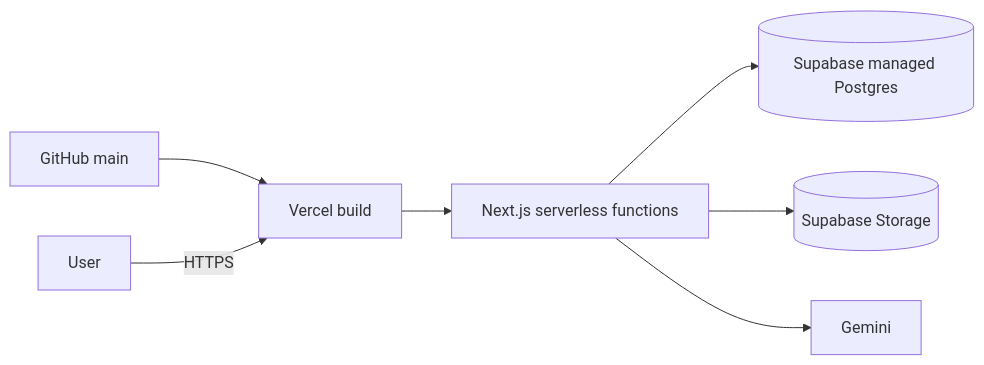
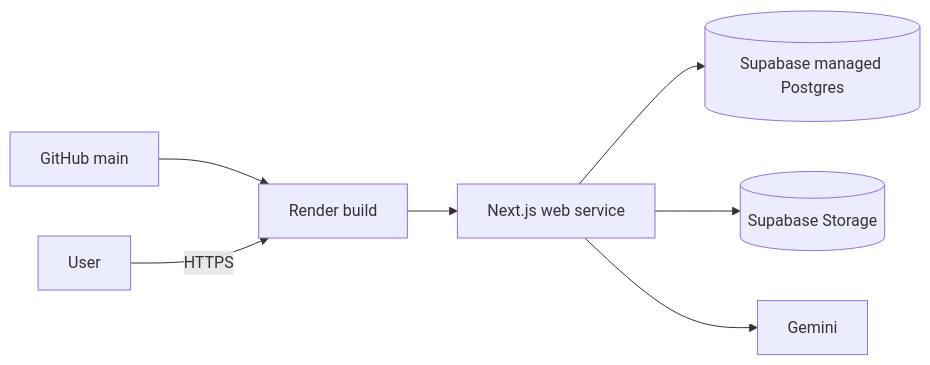
The ninth of 9 diagrams in docs/SYSTEM_DESIGN.md (hasnat-farhan/CareerPilot), drawn with Mermaid before and after one commit. The commit also changed other lines of this file and 1 other file, not shown here.

Commit message:
docs(system-design): fix mermaid diagrams, swap hosting from Netlify/Vercel to Render

````diff
--- a/docs/SYSTEM_DESIGN.md
+++ b/docs/SYSTEM_DESIGN.md
@@ -508,9 +508,9 @@
 ```mermaid
 flowchart LR
-  GH[GitHub main] --> Vercel[Vercel build]
-  Vercel --> FN[Next.js serverless functions]
-  FN --> SB[(Supabase managed Postgres)]
-  FN --> Storage[(Supabase Storage)]
-  FN --> Gemini
-  User -->|HTTPS| Vercel
+  GH[GitHub main] --> Render[Render build]
+  Render --> WS[Next.js web service]
+  WS --> SB[(Supabase managed Postgres)]
+  WS --> Storage[(Supabase Storage)]
+  WS --> Gemini
+  User -->|HTTPS| Render
 ```
````
